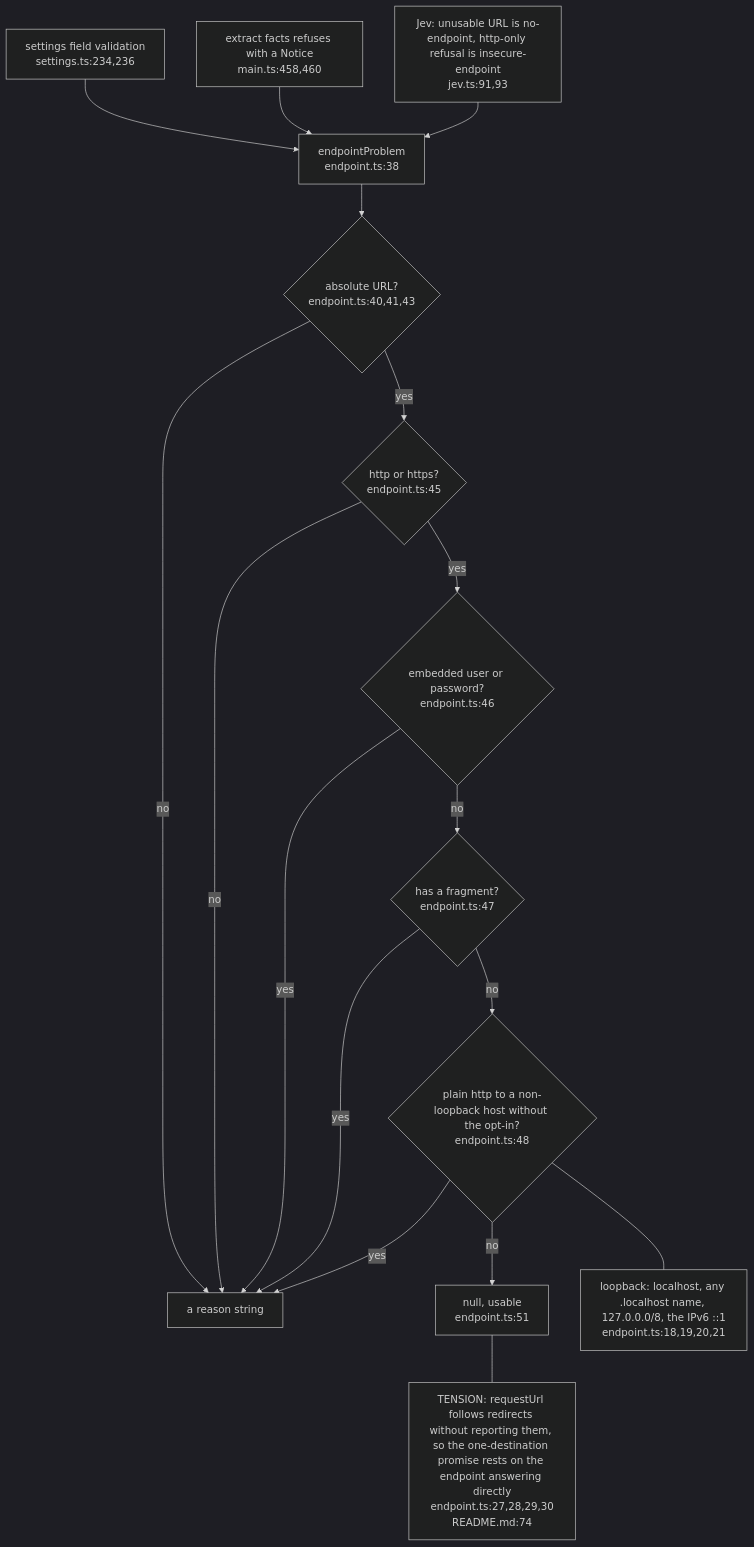
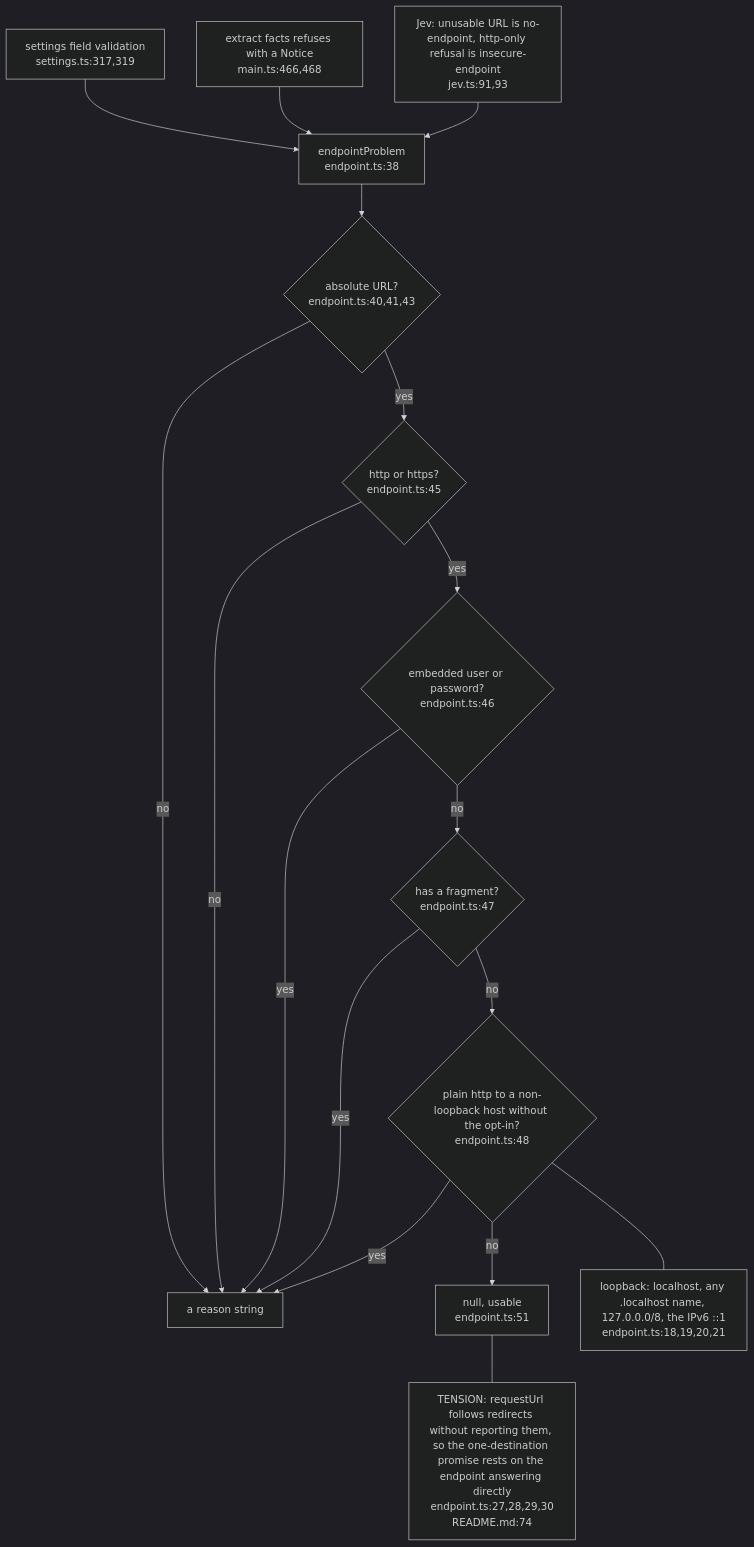
Before and after one commit to DreamLab-AI/VisionFlow: the first of 4 diagrams in docs/diagrams/ontomark-obsidian/05-network-boundary-and-jev.md, drawn with Mermaid (dark theme). The commit also changed other lines of this file and 20 other files, not shown here.

First line of the commit message:
docs(diagrams): ontomark and ontomark-obsidian re-verified (graph 0.4.0, plugin 0.6.0)

````diff
--- a/docs/diagrams/ontomark-obsidian/05-network-boundary-and-jev.md
+++ b/docs/diagrams/ontomark-obsidian/05-network-boundary-and-jev.md
@@ -26,32 +26,32 @@
 ```mermaid
 flowchart TD
     IN["endpointProblem<br/>endpoint.ts:38"]
     ABS{"absolute URL?<br/>endpoint.ts:40,41,43"}
     PROTO{"http or https?<br/>endpoint.ts:45"}
     CRED{"embedded user or password?<br/>endpoint.ts:46"}
     FRAG{"has a fragment?<br/>endpoint.ts:47"}
     HTTP{"plain http to a non-loopback host without the opt-in?<br/>endpoint.ts:48"}
     LOOP["loopback: localhost, any .localhost name, 127.0.0.0/8, the IPv6 ::1<br/>endpoint.ts:18,19,20,21"]
     OK["null, usable<br/>endpoint.ts:51"]
     REFUSE["a reason string"]
     IN --> ABS
     ABS -->|no| REFUSE
     ABS -->|yes| PROTO
     PROTO -->|no| REFUSE
     PROTO -->|yes| CRED
     CRED -->|yes| REFUSE
     CRED -->|no| FRAG
     FRAG -->|yes| REFUSE
     FRAG -->|no| HTTP
     HTTP -->|yes| REFUSE
     HTTP -->|no| OK
     HTTP --- LOOP
-    U1["settings field validation<br/>settings.ts:234,236"]
-    U2["extract facts refuses with a Notice<br/>main.ts:458,460"]
+    U1["settings field validation<br/>settings.ts:317,319"]
+    U2["extract facts refuses with a Notice<br/>main.ts:466,468"]
     U3["Jev: unusable URL is no-endpoint, http-only refusal is insecure-endpoint<br/>jev.ts:91,93"]
     U1 --> IN
     U2 --> IN
     U3 --> IN
     TENS["TENSION: requestUrl follows redirects without reporting them, so the one-destination promise rests on the endpoint answering directly<br/>endpoint.ts:27,28,29,30<br/>README.md:74"]
     OK --- TENS
 ```
````
